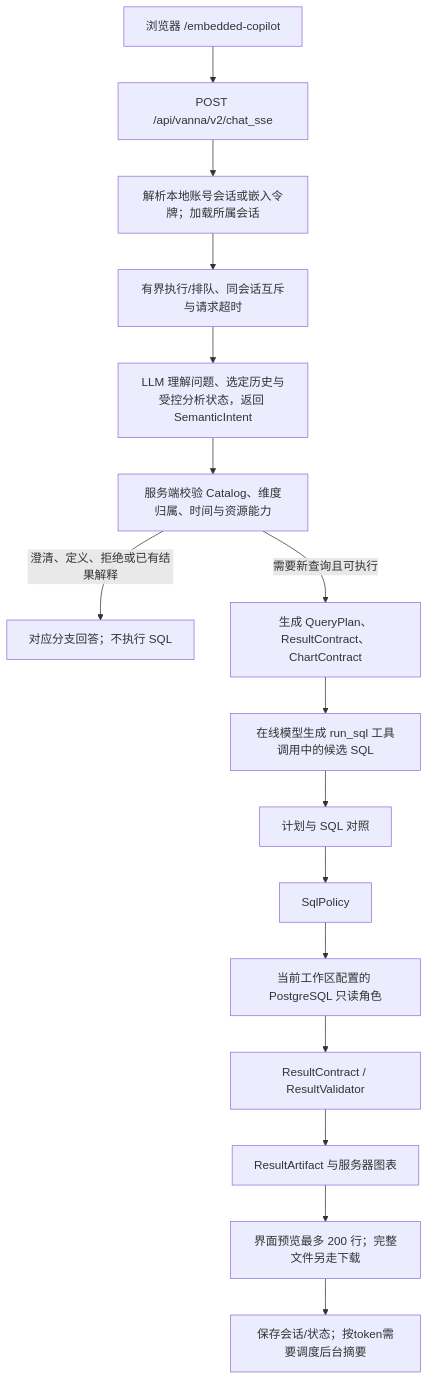
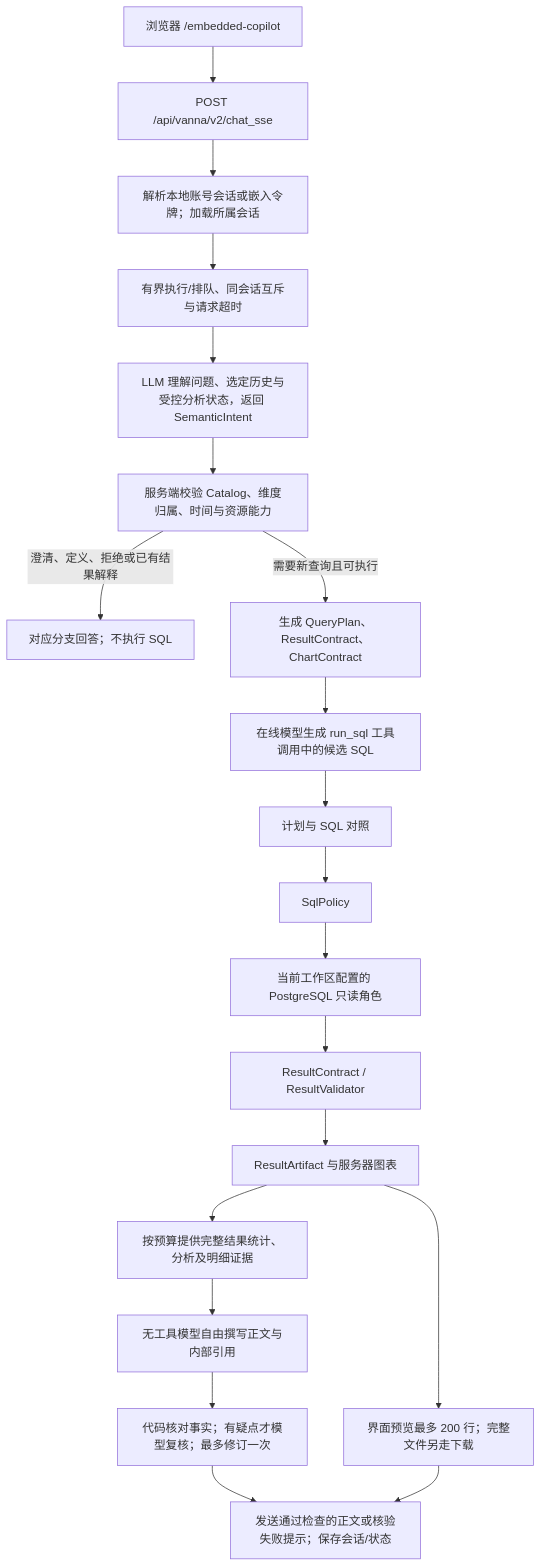
One commit to GengNSCUTer/data-analysis-agent changed the diagram in docs/architecture/product-request-architecture-v1.md. Above: the diagram before and after it, drawn with Mermaid. The commit also changed other lines of this file and 23 other files, not shown here.

````diff
--- a/docs/architecture/product-request-architecture-v1.md
+++ b/docs/architecture/product-request-architecture-v1.md
@@ -8,18 +8,22 @@
 ```mermaid
 flowchart TD
   page["浏览器 /embedded-copilot"] --> chat["POST /api/vanna/v2/chat_sse"]
   chat --> auth["解析本地账号会话或嵌入令牌；加载所属会话"]
   auth --> capacity["有界执行/排队、同会话互斥与请求超时"]
   capacity --> semantic["LLM 理解问题、选定历史与受控分析状态，返回 SemanticIntent"]
   semantic --> validate["服务端校验 Catalog、维度归属、时间与资源能力"]
   validate -->|澄清、定义、拒绝或已有结果解释| direct["对应分支回答；不执行 SQL"]
   validate -->|需要新查询且可执行| plan["生成 QueryPlan、ResultContract、ChartContract"]
   plan --> llm["在线模型生成 run_sql 工具调用中的候选 SQL"]
   llm --> guard["计划与 SQL 对照"]
   guard --> policy["SqlPolicy"]
   policy --> reader["当前工作区配置的 PostgreSQL 只读角色"]
   reader --> validator["ResultContract / ResultValidator"]
   validator --> artifact["ResultArtifact 与服务器图表"]
   artifact --> ui["界面预览最多 200 行；完整文件另走下载"]
-  ui --> save["保存会话/状态；按token需要调度后台摘要"]
+  artifact --> evidence["按预算提供完整结果统计、分析及明细证据"]
+  evidence --> prose["无工具模型自由撰写正文与内部引用"]
+  prose --> check["代码核对事实；有疑点才模型复核；最多修订一次"]
+  check --> save["发送通过检查的正文或核验失败提示；保存会话/状态"]
+  ui --> save
 ```
````
